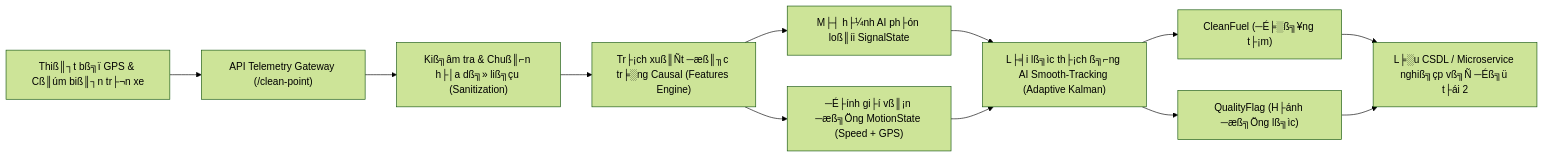
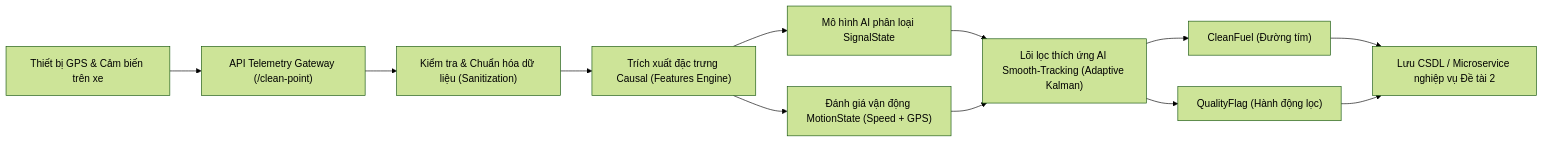
The first of 4 diagrams in README.md (HOANGTHI2509/THUCTAP-VICOMSAT-D1), drawn with Mermaid (forest theme) before and after one commit. The commit also changed other lines of this file, not shown here.

````diff
--- a/README.md
+++ b/README.md
@@ -46,14 +46,14 @@
 ```mermaid
 flowchart LR
-    A["Thiß║┐t bß╗ï GPS & Cß║úm biß║┐n tr├¬n xe"] --> B["API Telemetry Gateway (/clean-point)"]
-    B --> C["Kiß╗âm tra & Chuß║⌐n h├│a dß╗» liß╗çu (Sanitization)"]
-    C --> D["Tr├¡ch xuß║Ñt ─æß║╖c tr╞░ng Causal (Features Engine)"]
-    D --> E["M├┤ h├¼nh AI ph├ón loß║íi SignalState"]
-    D --> I["─É├ính gi├í vß║¡n ─æß╗Öng MotionState (Speed + GPS)"]
-    E --> F["L├╡i lß╗ìc th├¡ch ß╗⌐ng AI Smooth-Tracking (Adaptive Kalman)"]
+    A["Thiết bị GPS & Cảm biến trên xe"] --> B["API Telemetry Gateway (/clean-point)"]
+    B --> C["Kiểm tra & Chuẩn hóa dữ liệu (Sanitization)"]
+    C --> D["Trích xuất đặc trưng Causal (Features Engine)"]
+    D --> E["Mô hình AI phân loại SignalState"]
+    D --> I["Đánh giá vận động MotionState (Speed + GPS)"]
+    E --> F["Lõi lọc thích ứng AI Smooth-Tracking (Adaptive Kalman)"]
     I --> F
-    F --> G["CleanFuel (─É╞░ß╗¥ng t├¡m)"]
-    F --> H["QualityFlag (H├ánh ─æß╗Öng lß╗ìc)"]
-    G --> J["L╞░u CSDL / Microservice nghiß╗çp vß╗Ñ ─Éß╗ü t├ái 2"]
+    F --> G["CleanFuel (Đường tím)"]
+    F --> H["QualityFlag (Hành động lọc)"]
+    G --> J["Lưu CSDL / Microservice nghiệp vụ Đề tài 2"]
     H --> J
 ```
````
